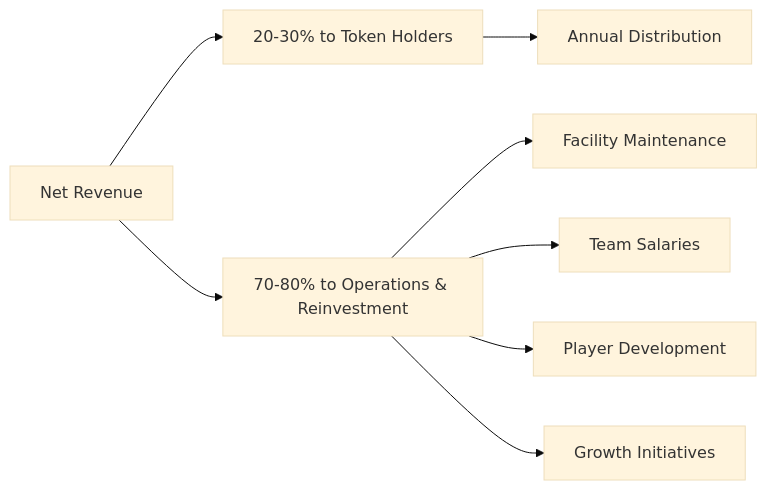
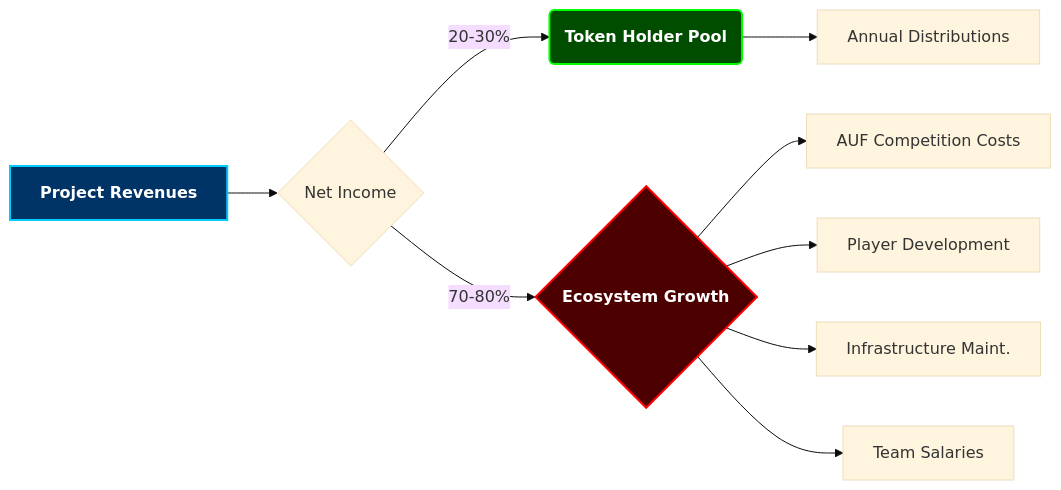
The second of 2 diagrams in tokenomics.md (PremierFootball/whitepaper), drawn with Mermaid (base theme) before and after one commit. The commit also changed other lines of this file and 20 other files, not shown here.

Commit message:
design: enable dark mode, add professional logo, and modernize diagrams

````diff
--- a/tokenomics.md
+++ b/tokenomics.md
@@ -100,10 +100,17 @@
 ```mermaid
 graph LR
-    A[Net Revenue] --> B[20-30% to Token Holders]
-    A --> C[70-80% to Operations & Reinvestment]
-    B --> D[Annual Distribution]
-    C --> E[Facility Maintenance]
-    C --> F[Team Salaries]
-    C --> G[Player Development]
-    C --> H[Growth Initiatives]
+    A[<b>Project Revenues</b>] --> B{Net Income}
+    B -- "20-30%" --> C(<b>Token Holder Pool</b>)
+    B -- "70-80%" --> D{<b>Ecosystem Growth</b>}
+    
+    C --> C1[Annual Distributions]
+    
+    D --> D1[AUF Competition Costs]
+    D --> D2[Player Development]
+    D --> D3[Infrastructure Maint.]
+    D --> D4[Team Salaries]
+    
+    style A fill:#003366,stroke:#00ccff,stroke-width:2px,color:#fff
+    style C fill:#004d00,stroke:#00ff00,stroke-width:2px,color:#fff
+    style D fill:#4d0000,stroke:#ff0000,stroke-width:2px,color:#fff
 ```
````
